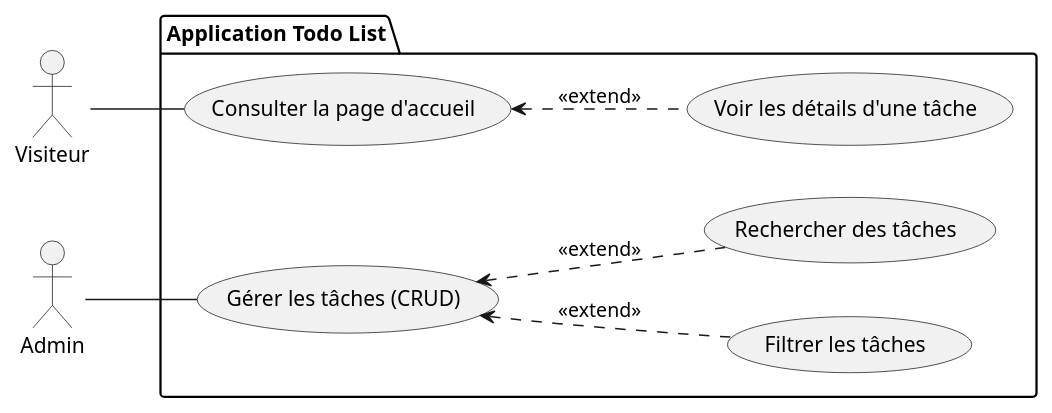
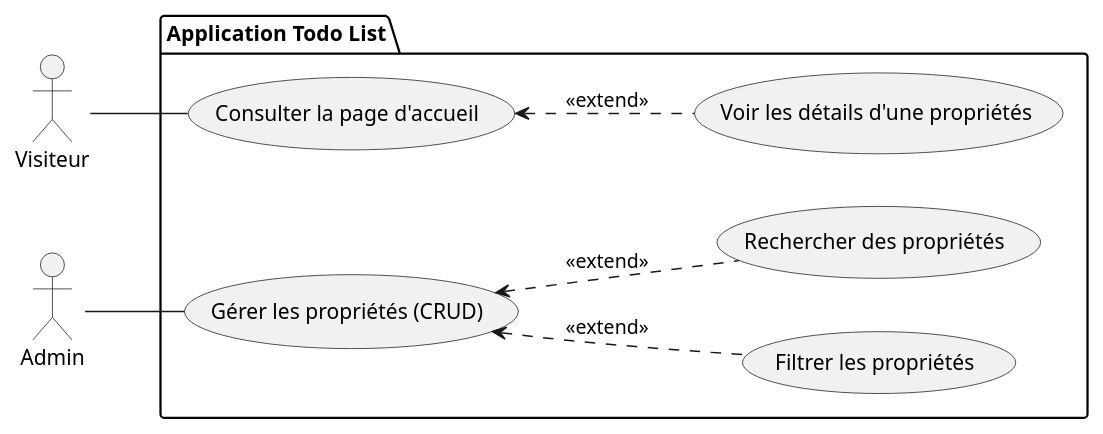
Before and after one commit to Solicode-mobile-development/Project-Technique: the diagram in images/use-case.pu, drawn with PlantUML. The commit also changed 1 other file, not shown here.

```diff
--- a/images/use-case.pu
+++ b/images/use-case.pu
@@ -1,24 +1,24 @@
 @startuml
 left to right direction
 actor "Visiteur" as Visiteur
 actor "Admin" as Admin
 
 package "Application Todo List" {
     usecase "Consulter la page d'accueil" as UC_Accueil
-    usecase "Voir les détails d'une tâche" as UC_Details
+    usecase "Voir les détails d'une propriétés" as UC_Details
     
-    usecase "Gérer les tâches (CRUD)" as UC_CRUD
-    usecase "Filtrer les tâches" as UC_Filtrer
-    usecase "Rechercher des tâches" as UC_Rechercher
+    usecase "Gérer les propriétés (CRUD)" as UC_CRUD
+    usecase "Filtrer les propriétés" as UC_Filtrer
+    usecase "Rechercher des propriétés" as UC_Rechercher
 }
 
 ' Relations Visiteur
 Visiteur -- UC_Accueil
 UC_Accueil <.. UC_Details : <<extend>>
 
 ' Relations Admin
 Admin -- UC_CRUD
 UC_CRUD <.. UC_Filtrer : <<extend>>
 UC_CRUD <.. UC_Rechercher : <<extend>>
 
 @enduml
```
